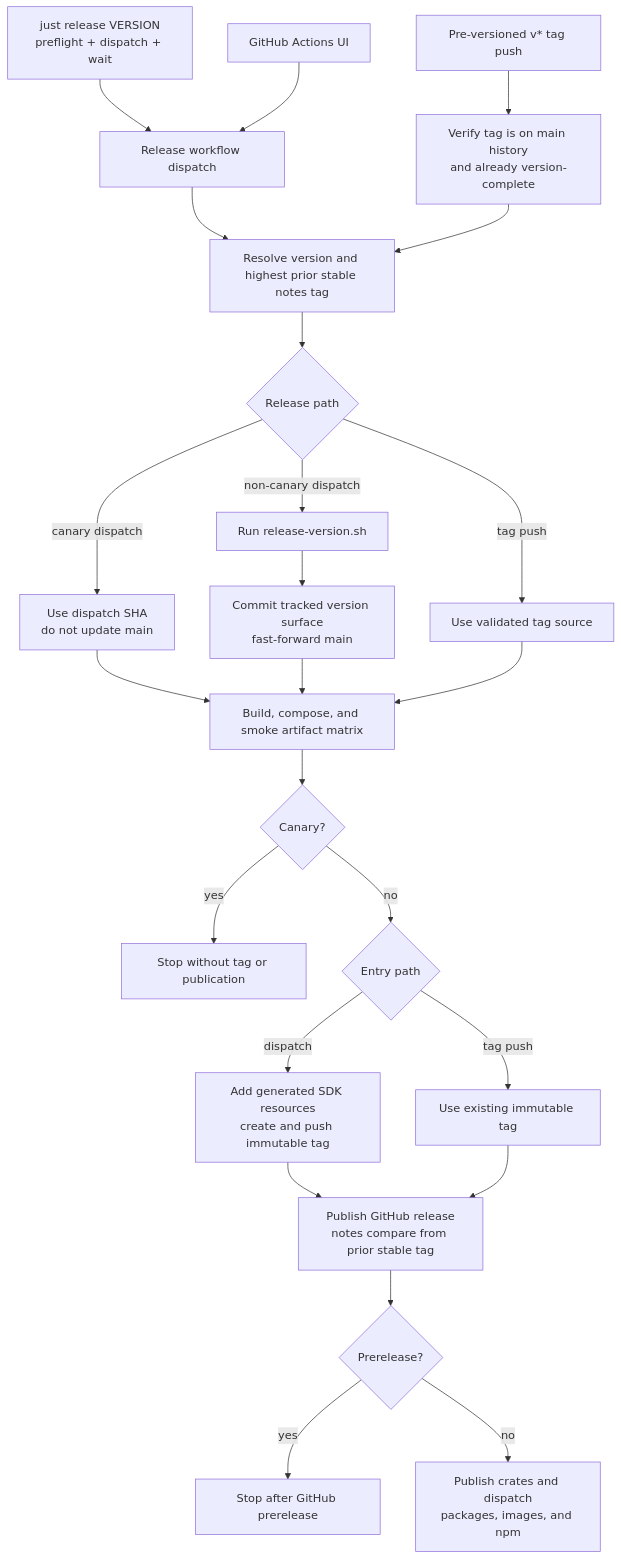
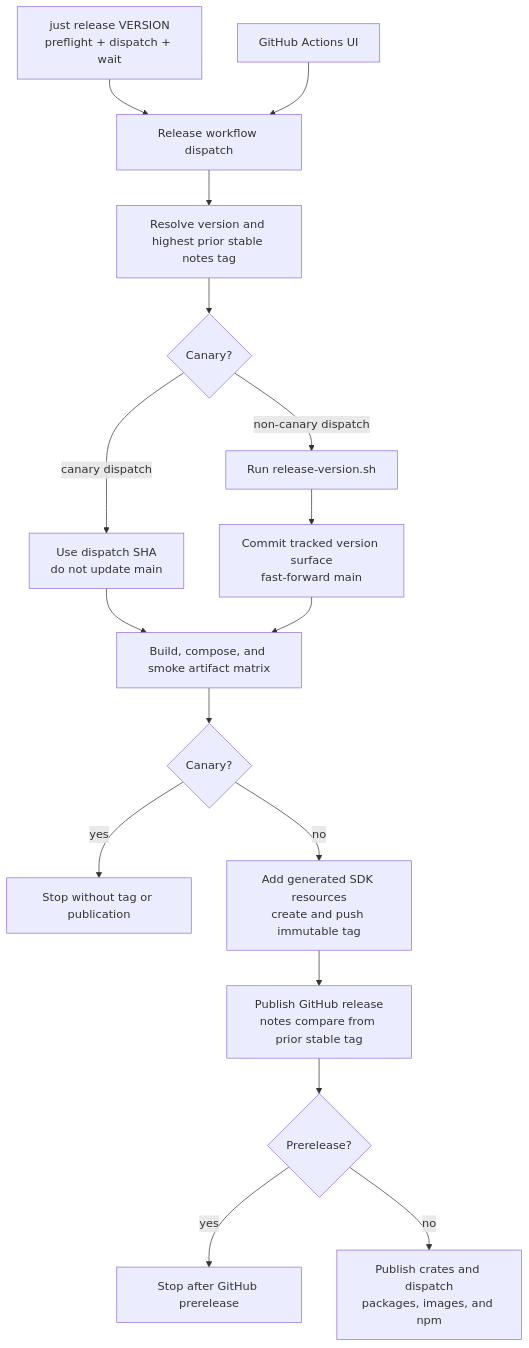
Before and after one commit to IvGolovach/mesh-llm: the first of 2 diagrams in ci/ci.md, drawn with Mermaid. The commit also changed other lines of this file and 4 other files, not shown here.

Commit message:
ci: stop duplicate release tag runs (#1731)

````diff
--- a/ci/ci.md
+++ b/ci/ci.md
@@ -198,26 +196,19 @@
 ```mermaid
 flowchart TD
     JUST["just release VERSION<br/>preflight + dispatch + wait"] --> DISPATCH["Release workflow dispatch"]
     UI["GitHub Actions UI"] --> DISPATCH
-    TAG["Pre-versioned v* tag push"] --> VERIFY["Verify tag is on main history<br/>and already version-complete"]
     DISPATCH --> META["Resolve version and highest prior stable notes tag"]
-    VERIFY --> META
-    META --> PATH{"Release path"}
+    META --> PATH{"Canary?"}
     PATH -- "canary dispatch" --> CANARY["Use dispatch SHA<br/>do not update main"]
     PATH -- "non-canary dispatch" --> BUMP["Run release-version.sh"]
     BUMP --> VERSION_COMMIT["Commit tracked version surface<br/>fast-forward main"]
-    PATH -- "tag push" --> TAG_SOURCE["Use validated tag source"]
     CANARY --> BUILD["Build, compose, and smoke artifact matrix"]
     VERSION_COMMIT --> BUILD
-    TAG_SOURCE --> BUILD
     BUILD --> PUBLISHABLE{"Canary?"}
     PUBLISHABLE -- "yes" --> CANARY_DONE["Stop without tag or publication"]
-    PUBLISHABLE -- "no" --> TAG_PATH{"Entry path"}
-    TAG_PATH -- "dispatch" --> PREPARE_TAG["Add generated SDK resources<br/>create and push immutable tag"]
-    TAG_PATH -- "tag push" --> EXISTING_TAG["Use existing immutable tag"]
+    PUBLISHABLE -- "no" --> PREPARE_TAG["Add generated SDK resources<br/>create and push immutable tag"]
     PREPARE_TAG --> RELEASE["Publish GitHub release<br/>notes compare from prior stable tag"]
-    EXISTING_TAG --> RELEASE
     RELEASE --> KIND{"Prerelease?"}
     KIND -- "yes" --> RC_DONE["Stop after GitHub prerelease"]
     KIND -- "no" --> DOWNSTREAM["Publish crates and dispatch<br/>packages, images, and npm"]
 ```
````
